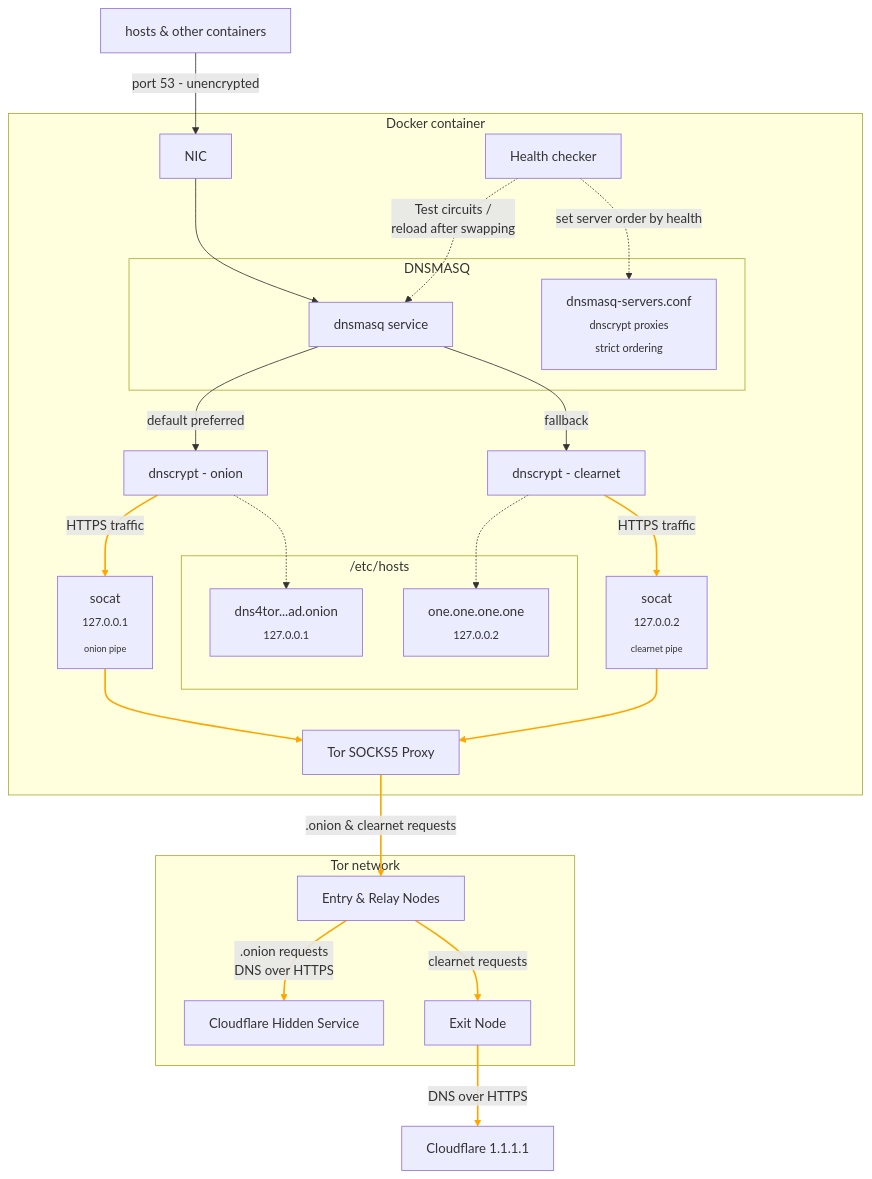
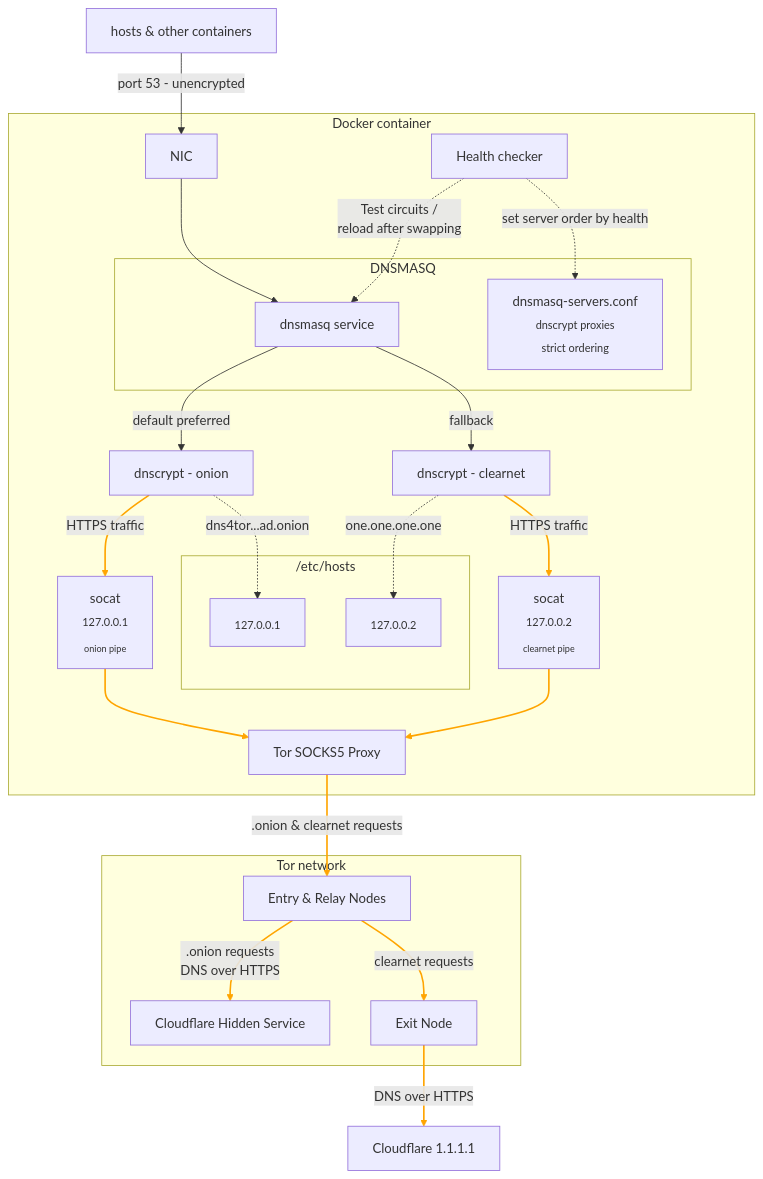
One commit to tim-connect/moleDNS changed the diagram in README.md. Above: the diagram before and after it, drawn with Mermaid.

Commit message:
diagram adjustments

````diff
--- a/README.md
+++ b/README.md
@@ -52,69 +52,69 @@
 ```mermaid
 
 flowchart TD
 	CLIENTS["hosts & other containers"]
 	INTERNET["Cloudflare 1.1.1.1"]
 	subgraph DOCKER["Docker container"]
 		NIC
 		subgraph DNSMASQ
 			DNSMASQ_SVC["dnsmasq service"]
 			DNS_SERVERS["dnsmasq-servers.conf<br><sub>dnscrypt proxies<br>strict ordering"]
 		end
 		
 		DNSCRYPT_ONION["dnscrypt - onion"]
 		DNSCRYPT_CLEARNET["dnscrypt - clearnet"]
 		
 		HEALTH["Health checker"]
 		
 		subgraph HOSTS["/etc/hosts"]
-			HOSTS_CLEARNET["one.one.one.one<br><sub>127.0.0.2"]
-			HOSTS_ONION["dns4tor...ad.onion<br><sub>127.0.0.1"]
+			HOSTS_CLEARNET["<sub>127.0.0.2"]
+			HOSTS_ONION["<sub>127.0.0.1"]
 		end
 
 		SOCAT_ONION["socat<br><sub>127.0.0.1<br><sub>onion pipe"]
 		SOCAT_CLEARNET["socat<br><sub>127.0.0.2<br><sub>clearnet pipe"]
 		TOR_PROXY["Tor SOCKS5 Proxy"]
 	end
 
 	subgraph TOR_NETWORK["Tor network"]
 		NODES["Entry & Relay Nodes"]
 		EXIT_NODE["Exit Node"]
 		HIDDEN_SVCS["Cloudflare Hidden Service"]
 	end
 
 	CLIENTS --> |port 53 - unencrypted| NIC --> DNSMASQ_SVC
 	
 	%% ONION RESOLVER
 
 	DNSMASQ_SVC --> |default preferred| DNSCRYPT_ONION --> |HTTPS traffic|SOCAT_ONION
 
 	%% dnsmasq
 	HEALTH -.-> |Test circuits /<br>reload after swapping|DNSMASQ_SVC
 	HEALTH -.-> |set server order by health|DNS_SERVERS
 	%% HOSTNAME RESOLUTION
 
-	DNSCRYPT_ONION -.-> HOSTS_ONION
-	DNSCRYPT_CLEARNET -.-> HOSTS_CLEARNET
+	DNSCRYPT_ONION -.-> |dns4tor...ad.onion|HOSTS_ONION
+	DNSCRYPT_CLEARNET -.-> |one.one.one.one|HOSTS_CLEARNET
 	
 	%% CLEARNET RESOLVER
 
 	DNSMASQ_SVC --> |fallback|DNSCRYPT_CLEARNET --> |HTTPS traffic|SOCAT_CLEARNET
 
 	%% tor
 
 	SOCAT_ONION & SOCAT_CLEARNET ==> TOR_PROXY
 	TOR_PROXY ==> | .onion & clearnet requests |NODES
 	NODES ==> | .onion requests<br>DNS over HTTPS |HIDDEN_SVCS
 	NODES ==> | clearnet requests |EXIT_NODE ==> |DNS over HTTPS|INTERNET
 	
 
 	linkStyle 3 stroke:orange,stroke-width:2px
 	linkStyle 9 stroke:orange,stroke-width:2px
 	linkStyle 10 stroke:orange,stroke-width:2px
 	linkStyle 11 stroke:orange,stroke-width:2px
 	linkStyle 12 stroke:orange,stroke-width:2px
 	linkStyle 13 stroke:orange,stroke-width:2px
 	linkStyle 14 stroke:orange,stroke-width:2px
 	linkStyle 15 stroke:orange,stroke-width:2px
 
 ```
````
